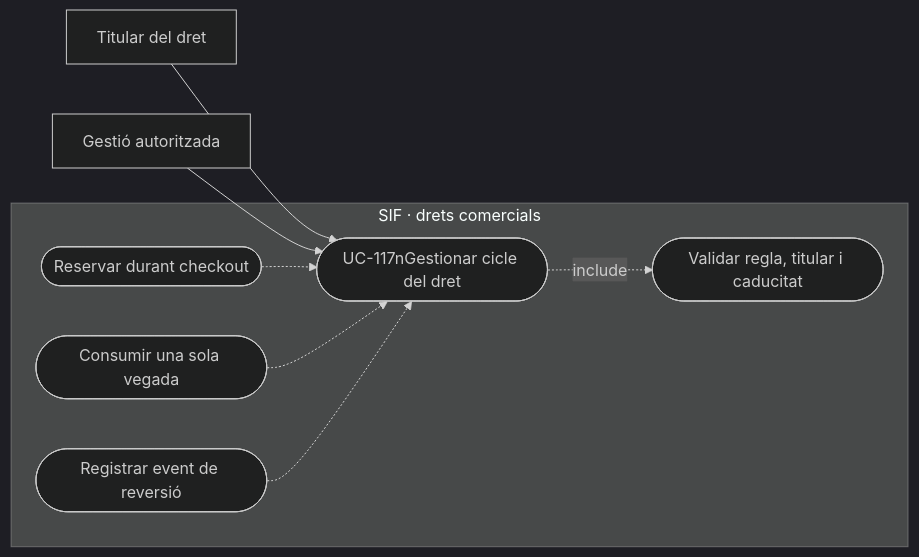
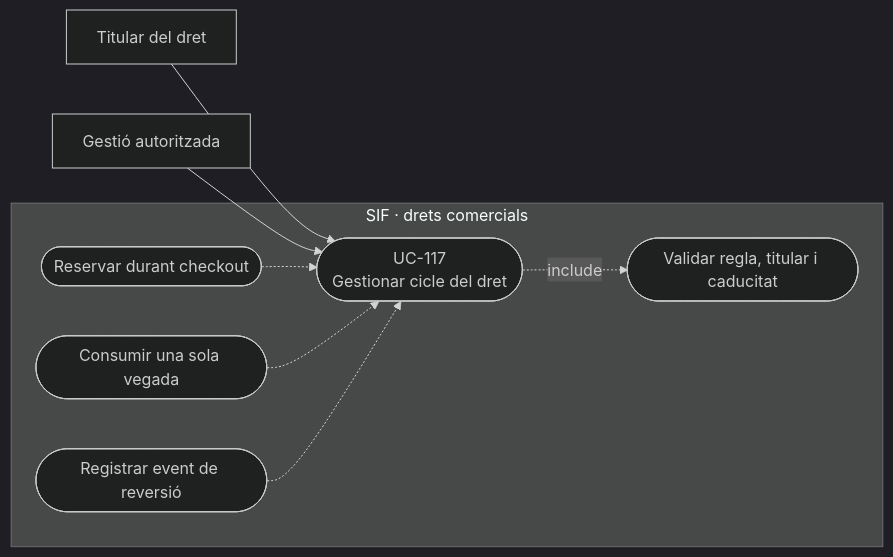
The second of 4 diagrams in documentacio/07-uml-integrat/uc-117-cicle-vida-codi-dret-futur.md (orgmeriemprismacat-del/verifactu), drawn with Mermaid (dark theme) before and after one commit.

Commit message:
docs(uml): corregir salts Mermaid UC-117

````diff
--- a/documentacio/07-uml-integrat/uc-117-cicle-vida-codi-dret-futur.md
+++ b/documentacio/07-uml-integrat/uc-117-cicle-vida-codi-dret-futur.md
@@ -137,18 +137,18 @@
 ```mermaid
 flowchart LR
   a_0["Titular del dret"]
   a_1["Gestió autoritzada"]
   subgraph SIF_BOUNDARY["SIF · drets comercials"]
-    u_0(["UC-117nGestionar cicle del dret"])
+    u_0(["UC-117<br/>Gestionar cicle del dret"])
     u_1(["Validar regla, titular i caducitat"])
     u_2(["Reservar durant checkout"])
     u_3(["Consumir una sola vegada"])
     u_4(["Registrar event de reversió"])
   end
   a_0 --> u_0
   a_1 --> u_0
   u_0 -.->|include| u_1
   u_2 -.-> u_0
   u_3 -.-> u_0
   u_4 -.-> u_0
 ```
````
